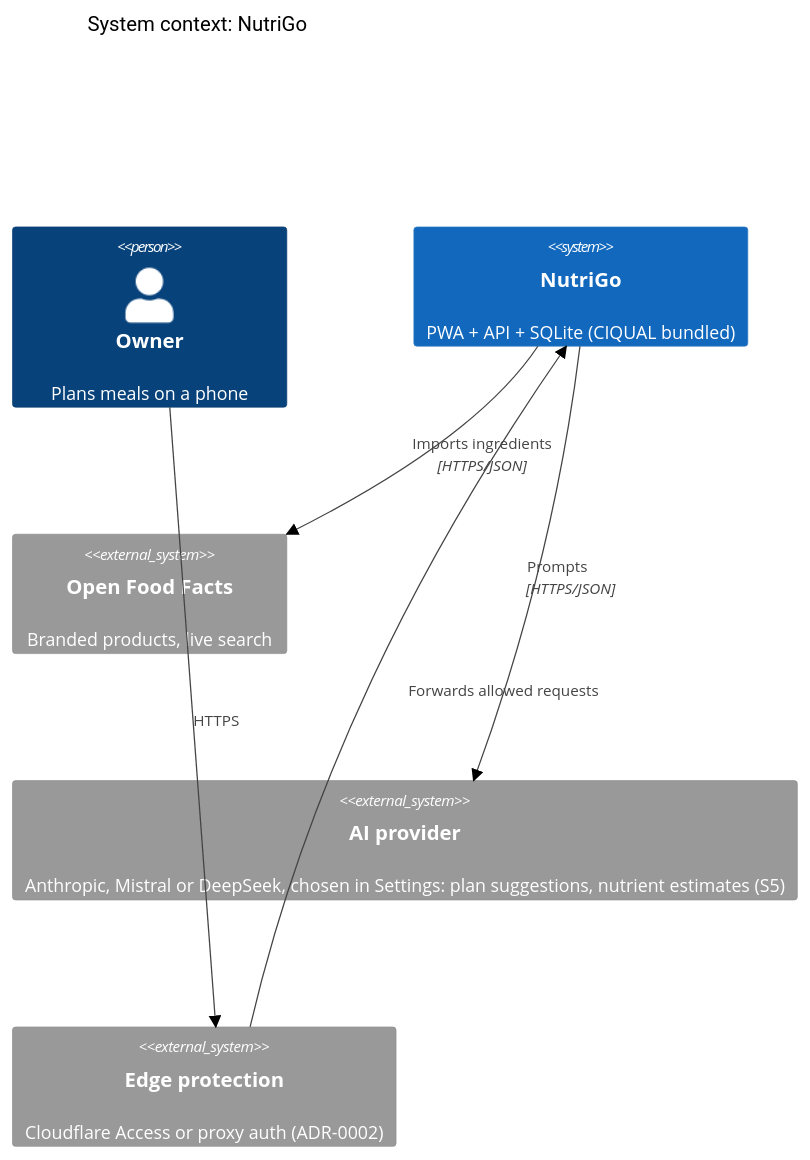
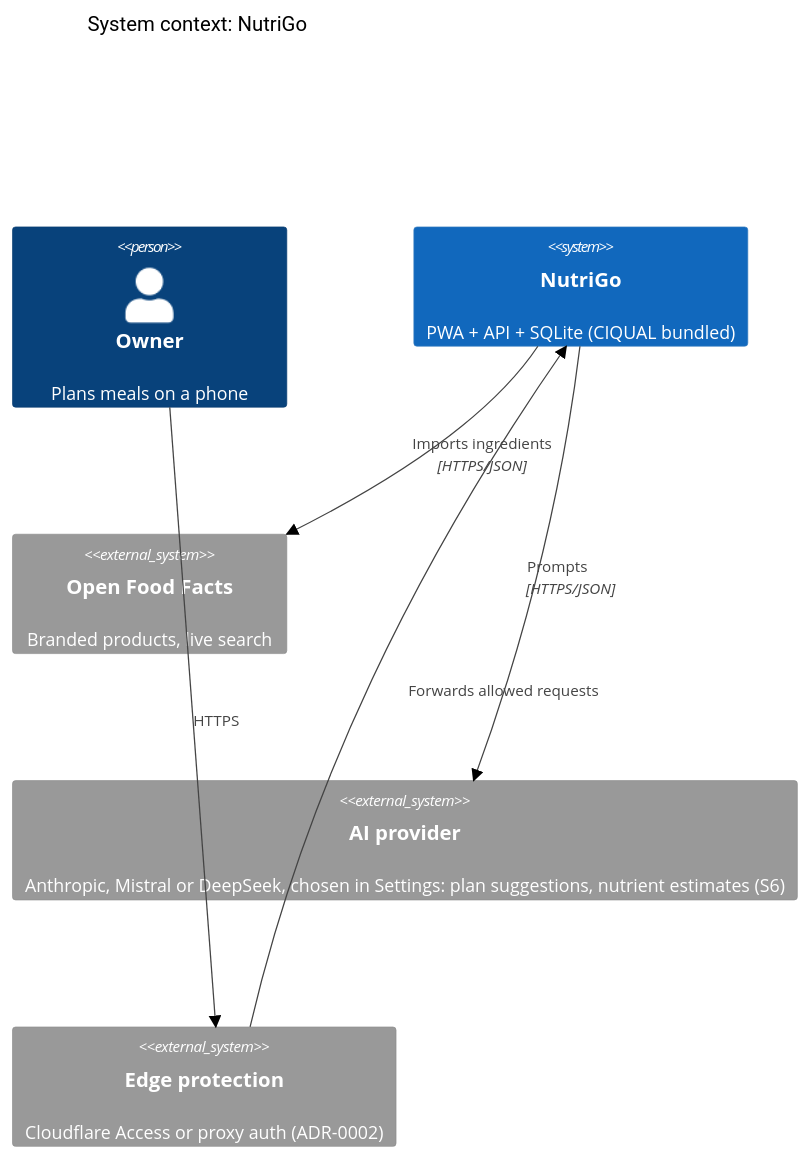
The first of 5 diagrams in docs/architecture/overview.md (micheltsarasoa/nutrigo), drawn with Mermaid (neutral theme) before and after one commit. The commit also changed other lines of this file and 7 other files, not shown here.

````diff
--- a/docs/architecture/overview.md
+++ b/docs/architecture/overview.md
@@ -12,13 +12,13 @@
 ```mermaid
 C4Context
     title System context: NutriGo
     Person(owner, "Owner", "Plans meals on a phone")
     System(nutrigo, "NutriGo", "PWA + API + SQLite (CIQUAL bundled)")
     System_Ext(off, "Open Food Facts", "Branded products, live search")
-    System_Ext(ai, "AI provider", "Anthropic, Mistral or DeepSeek, chosen in Settings: plan suggestions, nutrient estimates (S5)")
+    System_Ext(ai, "AI provider", "Anthropic, Mistral or DeepSeek, chosen in Settings: plan suggestions, nutrient estimates (S6)")
     System_Ext(edge, "Edge protection", "Cloudflare Access or proxy auth (ADR-0002)")
     Rel(owner, edge, "HTTPS")
     Rel(edge, nutrigo, "Forwards allowed requests")
     Rel(nutrigo, off, "Imports ingredients", "HTTPS/JSON")
     Rel(nutrigo, ai, "Prompts", "HTTPS/JSON")
 ```
````
